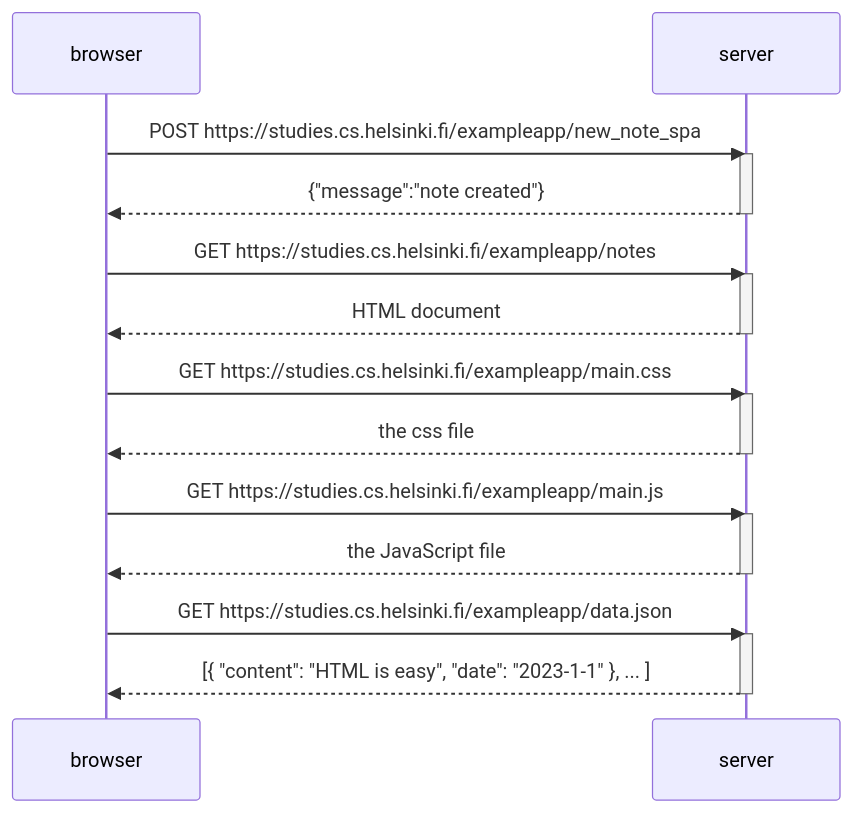
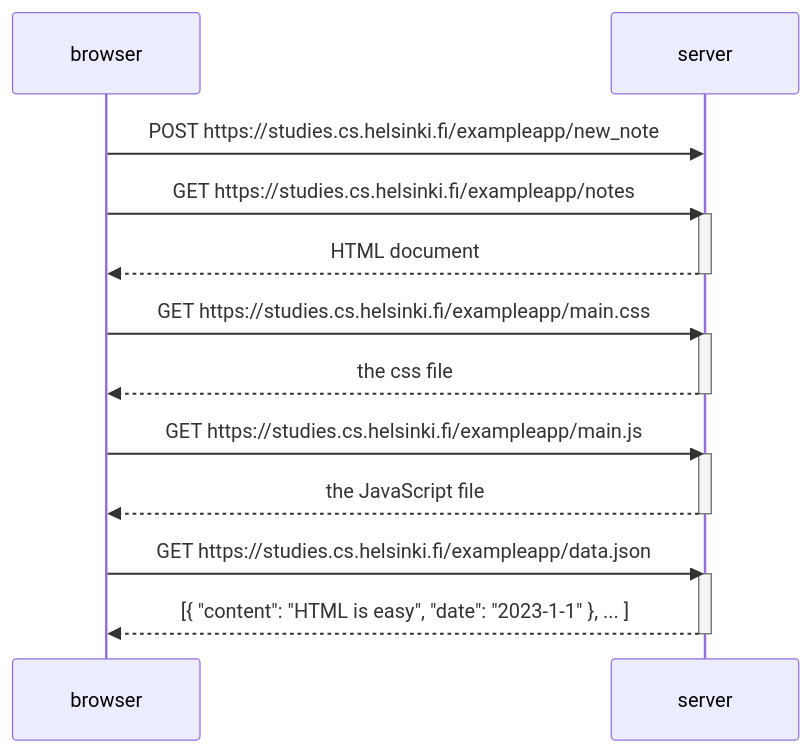
One commit to 18Planet/webdev changed the diagram in part0/mermaid 0-4.md. Above: the diagram before and after it, drawn with Mermaid.

````diff
--- a/part0/mermaid 0-4.md
+++ b/part0/mermaid 0-4.md
@@ -1,30 +1,27 @@
 ```mermaid
 sequenceDiagram
     participant browser
     participant server
 
-    browser->>server: POST https://studies.cs.helsinki.fi/exampleapp/new_note_spa
-    activate server
-    server-->>browser: {"message":"note created"}
-    deactivate server
+    browser->>server: POST https://studies.cs.helsinki.fi/exampleapp/new_note
 
     browser->>server: GET https://studies.cs.helsinki.fi/exampleapp/notes
     activate server
     server-->>browser: HTML document
     deactivate server
 
     browser->>server: GET https://studies.cs.helsinki.fi/exampleapp/main.css
     activate server
     server-->>browser: the css file
     deactivate server
 
     browser->>server: GET https://studies.cs.helsinki.fi/exampleapp/main.js
     activate server
     server-->>browser: the JavaScript file
     deactivate server
 
     browser->>server: GET https://studies.cs.helsinki.fi/exampleapp/data.json
     activate server
     server-->>browser: [{ "content": "HTML is easy", "date": "2023-1-1" }, ... ]
     deactivate server
 ```
````
